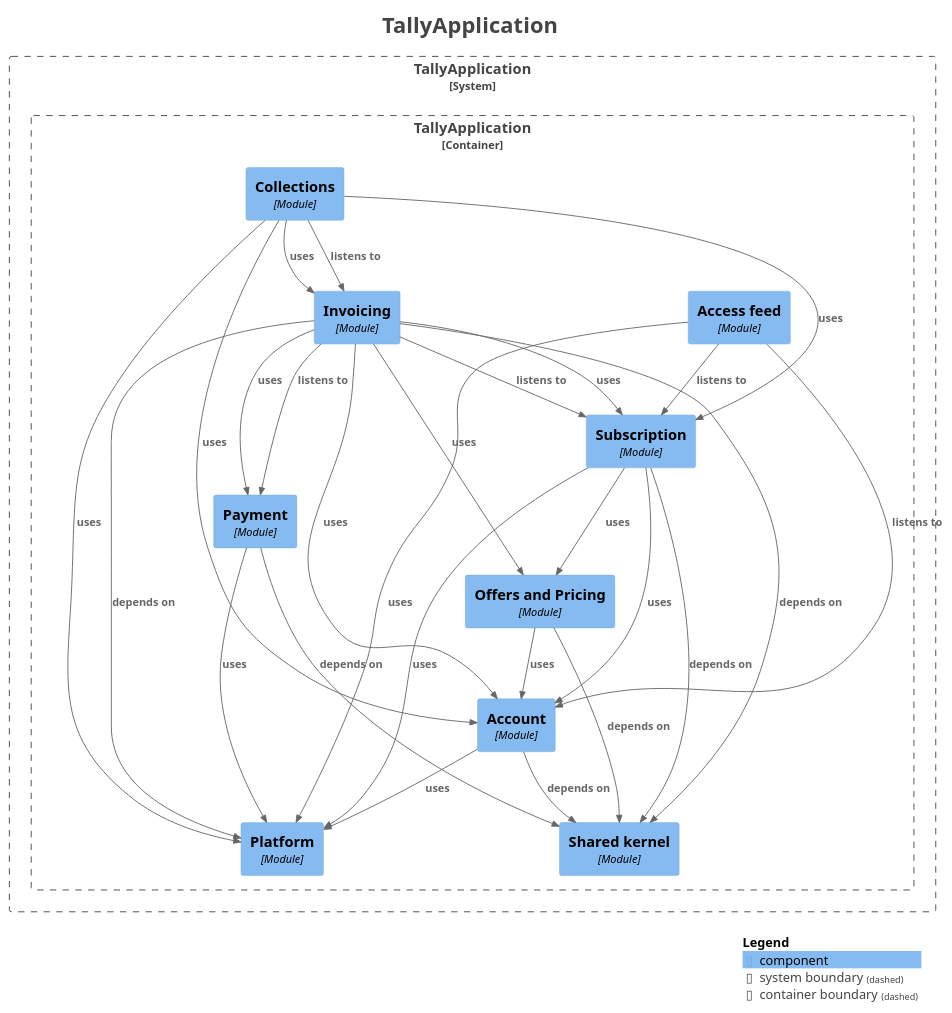
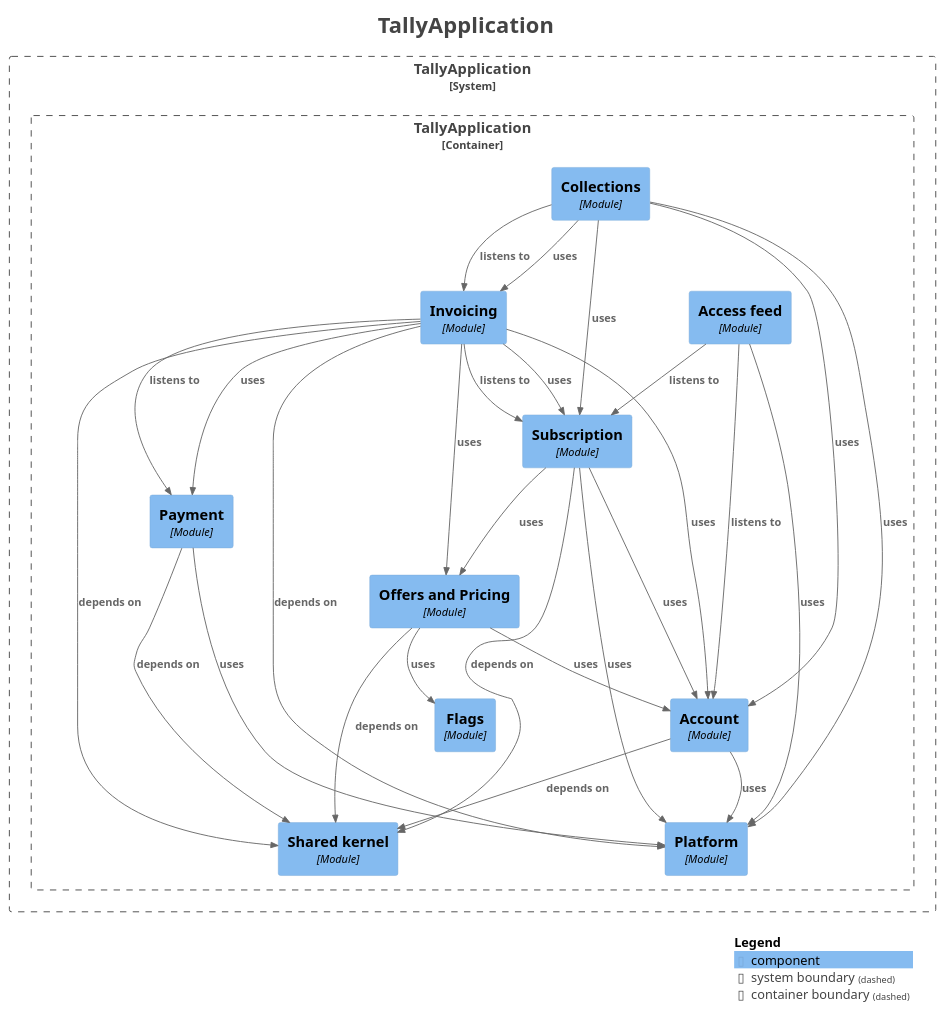
One commit to waleedarafa/tally changed the diagram in docs/architecture/v2/components.puml. Above: the diagram before and after it, drawn with PlantUML. The commit also changed 14 other files, not shown here.

```diff
--- a/docs/architecture/v2/components.puml
+++ b/docs/architecture/v2/components.puml
@@ -1,62 +1,64 @@
 @startuml
 title <size:24>TallyApplication</size>
 
 set separator none
 top to bottom direction
 
 <style>
   root {
     BackgroundColor: #ffffff
     FontColor: #444444
   }
 </style>
 
 !include <C4/C4>
 !include <C4/C4_Context>
 !include <C4/C4_Component>
 
 System_Boundary("TallyApplication_boundary", "TallyApplication", $tags="") {
   Container_Boundary("TallyApplication.TallyApplication_boundary", "TallyApplication", $tags="") {
     Component(TallyApplication.TallyApplication.Accessfeed, "Access feed", $techn="Module", $descr="", $tags="", $link="")
     Component(TallyApplication.TallyApplication.Account, "Account", $techn="Module", $descr="", $tags="", $link="")
     Component(TallyApplication.TallyApplication.Collections, "Collections", $techn="Module", $descr="", $tags="", $link="")
+    Component(TallyApplication.TallyApplication.Flags, "Flags", $techn="Module", $descr="", $tags="", $link="")
     Component(TallyApplication.TallyApplication.Invoicing, "Invoicing", $techn="Module", $descr="", $tags="", $link="")
     Component(TallyApplication.TallyApplication.OffersandPricing, "Offers and Pricing", $techn="Module", $descr="", $tags="", $link="")
     Component(TallyApplication.TallyApplication.Payment, "Payment", $techn="Module", $descr="", $tags="", $link="")
     Component(TallyApplication.TallyApplication.Platform, "Platform", $techn="Module", $descr="", $tags="", $link="")
     Component(TallyApplication.TallyApplication.Sharedkernel, "Shared kernel", $techn="Module", $descr="", $tags="", $link="")
     Component(TallyApplication.TallyApplication.Subscription, "Subscription", $techn="Module", $descr="", $tags="", $link="")
   }
 
 }
 
 Rel(TallyApplication.TallyApplication.Accessfeed, TallyApplication.TallyApplication.Account, "listens to", $techn="", $tags="", $link="")
 Rel(TallyApplication.TallyApplication.Accessfeed, TallyApplication.TallyApplication.Platform, "uses", $techn="", $tags="", $link="")
 Rel(TallyApplication.TallyApplication.Accessfeed, TallyApplication.TallyApplication.Subscription, "listens to", $techn="", $tags="", $link="")
 Rel(TallyApplication.TallyApplication.Account, TallyApplication.TallyApplication.Platform, "uses", $techn="", $tags="", $link="")
 Rel(TallyApplication.TallyApplication.Account, TallyApplication.TallyApplication.Sharedkernel, "depends on", $techn="", $tags="", $link="")
 Rel(TallyApplication.TallyApplication.Collections, TallyApplication.TallyApplication.Account, "uses", $techn="", $tags="", $link="")
 Rel(TallyApplication.TallyApplication.Collections, TallyApplication.TallyApplication.Invoicing, "listens to", $techn="", $tags="", $link="")
 Rel(TallyApplication.TallyApplication.Collections, TallyApplication.TallyApplication.Invoicing, "uses", $techn="", $tags="", $link="")
 Rel(TallyApplication.TallyApplication.Collections, TallyApplication.TallyApplication.Platform, "uses", $techn="", $tags="", $link="")
 Rel(TallyApplication.TallyApplication.Collections, TallyApplication.TallyApplication.Subscription, "uses", $techn="", $tags="", $link="")
 Rel(TallyApplication.TallyApplication.Invoicing, TallyApplication.TallyApplication.Account, "uses", $techn="", $tags="", $link="")
 Rel(TallyApplication.TallyApplication.Invoicing, TallyApplication.TallyApplication.OffersandPricing, "uses", $techn="", $tags="", $link="")
 Rel(TallyApplication.TallyApplication.Invoicing, TallyApplication.TallyApplication.Payment, "listens to", $techn="", $tags="", $link="")
 Rel(TallyApplication.TallyApplication.Invoicing, TallyApplication.TallyApplication.Payment, "uses", $techn="", $tags="", $link="")
 Rel(TallyApplication.TallyApplication.Invoicing, TallyApplication.TallyApplication.Platform, "depends on", $techn="", $tags="", $link="")
 Rel(TallyApplication.TallyApplication.Invoicing, TallyApplication.TallyApplication.Sharedkernel, "depends on", $techn="", $tags="", $link="")
 Rel(TallyApplication.TallyApplication.Invoicing, TallyApplication.TallyApplication.Subscription, "listens to", $techn="", $tags="", $link="")
 Rel(TallyApplication.TallyApplication.Invoicing, TallyApplication.TallyApplication.Subscription, "uses", $techn="", $tags="", $link="")
 Rel(TallyApplication.TallyApplication.OffersandPricing, TallyApplication.TallyApplication.Account, "uses", $techn="", $tags="", $link="")
+Rel(TallyApplication.TallyApplication.OffersandPricing, TallyApplication.TallyApplication.Flags, "uses", $techn="", $tags="", $link="")
 Rel(TallyApplication.TallyApplication.OffersandPricing, TallyApplication.TallyApplication.Sharedkernel, "depends on", $techn="", $tags="", $link="")
 Rel(TallyApplication.TallyApplication.Payment, TallyApplication.TallyApplication.Platform, "uses", $techn="", $tags="", $link="")
 Rel(TallyApplication.TallyApplication.Payment, TallyApplication.TallyApplication.Sharedkernel, "depends on", $techn="", $tags="", $link="")
 Rel(TallyApplication.TallyApplication.Subscription, TallyApplication.TallyApplication.Account, "uses", $techn="", $tags="", $link="")
 Rel(TallyApplication.TallyApplication.Subscription, TallyApplication.TallyApplication.OffersandPricing, "uses", $techn="", $tags="", $link="")
 Rel(TallyApplication.TallyApplication.Subscription, TallyApplication.TallyApplication.Platform, "uses", $techn="", $tags="", $link="")
 Rel(TallyApplication.TallyApplication.Subscription, TallyApplication.TallyApplication.Sharedkernel, "depends on", $techn="", $tags="", $link="")
 
 SHOW_LEGEND(true)
 hide stereotypes
 @enduml
```
